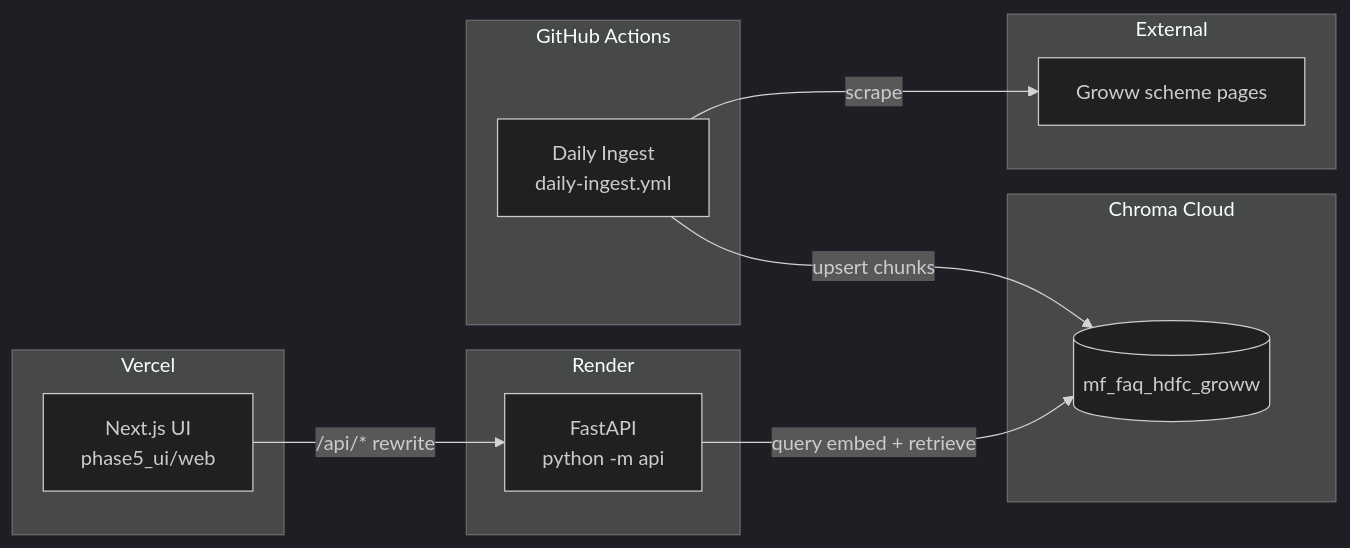
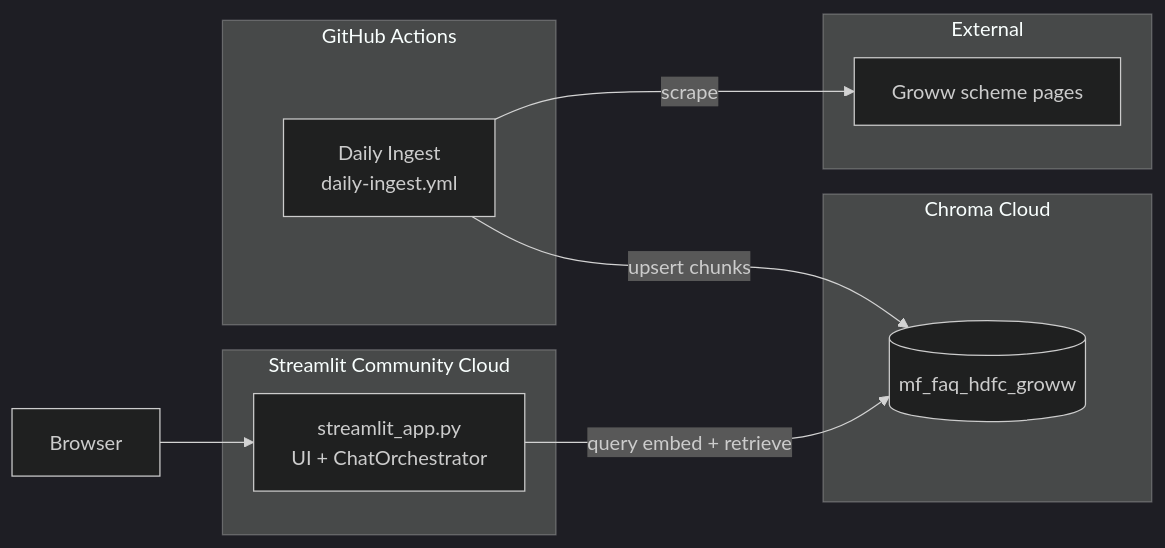
One commit to Nilesh272/RAG-Mutual-Fund-FAQ-Assistant-Facts-Only-Q-A- changed the first of 2 diagrams in docs/deployment-plan.md. Above: the diagram before and after it, drawn with Mermaid (dark theme). The commit also changed other lines of this file and 4 other files, not shown here.

````diff
--- a/docs/deployment-plan.md
+++ b/docs/deployment-plan.md
@@ -20,27 +23,23 @@
 ```mermaid
 flowchart LR
-    subgraph Vercel["Vercel"]
-        UI[Next.js UI<br/>phase5_ui/web]
-    end
-
-    subgraph Render["Render"]
-        API[FastAPI<br/>python -m api]
+    subgraph ST["Streamlit Community Cloud"]
+        APP[streamlit_app.py<br/>UI + ChatOrchestrator]
     end
 
     subgraph GHA["GitHub Actions"]
         INGEST[Daily Ingest<br/>daily-ingest.yml]
     end
 
     subgraph Chroma["Chroma Cloud"]
         VDB[(mf_faq_hdfc_groww)]
     end
 
     subgraph External["External"]
         GROWW[Groww scheme pages]
     end
 
-    UI -->|"/api/* rewrite"| API
-    API -->|query embed + retrieve| VDB
+    USER[Browser] --> APP
+    APP -->|query embed + retrieve| VDB
     INGEST -->|scrape| GROWW
     INGEST -->|upsert chunks| VDB
 ```
````
